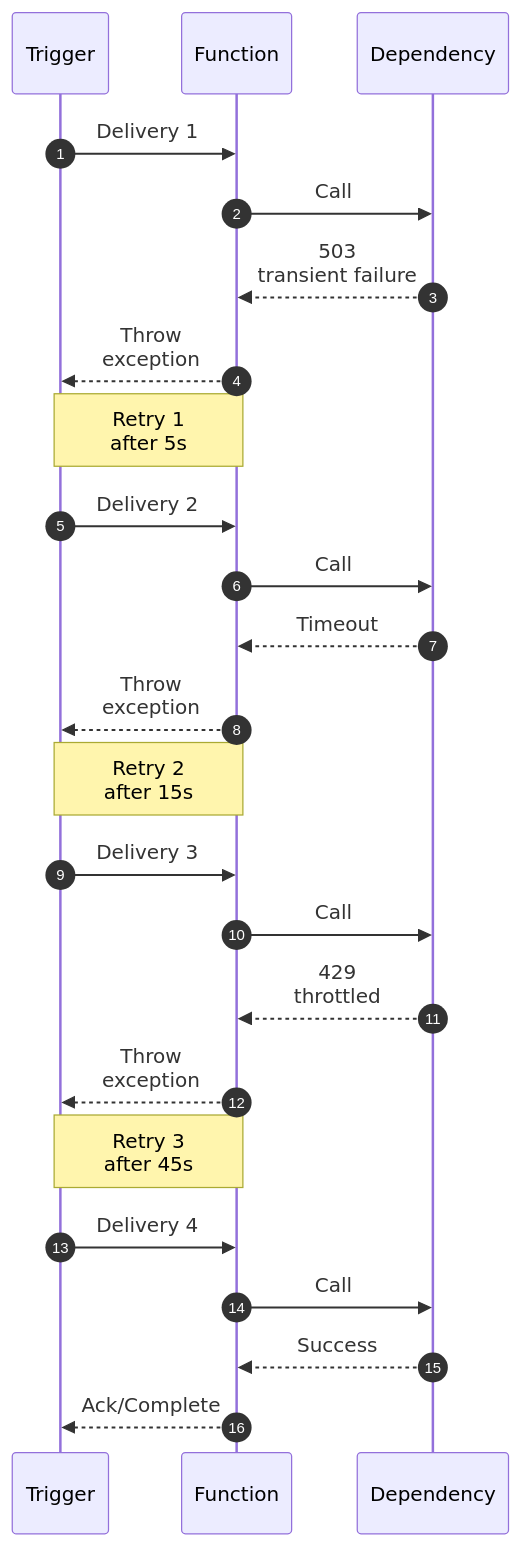
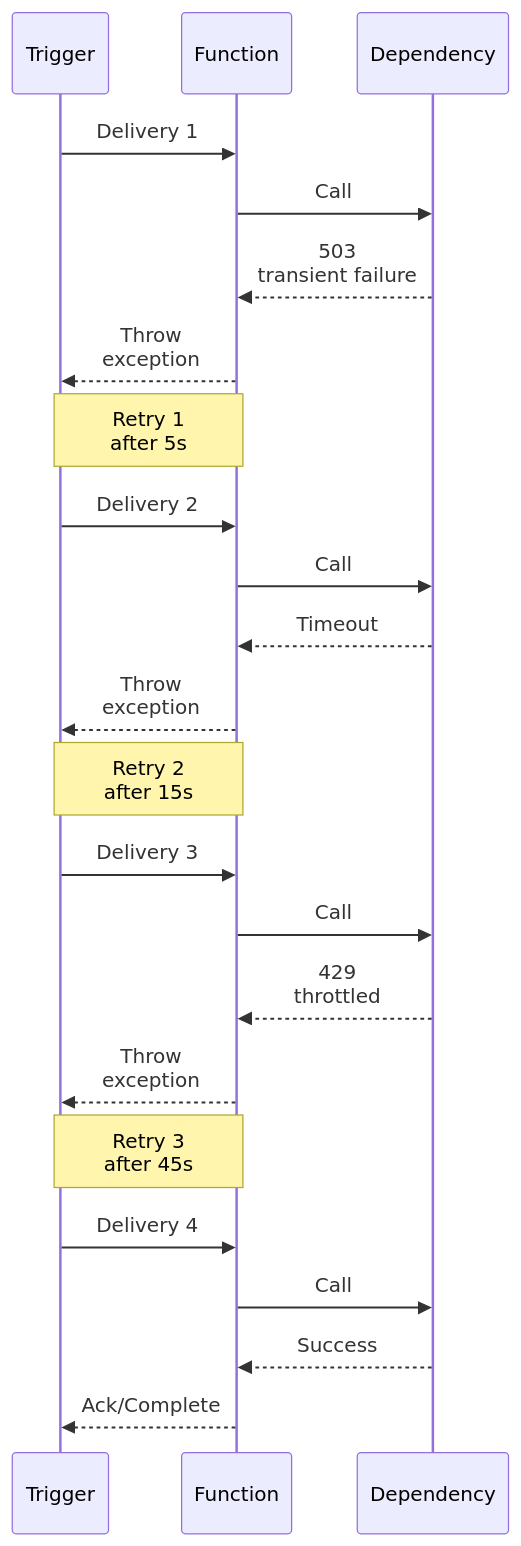
The first of 4 diagrams in docs/platform/reliability.md (yeongseon/azure-functions-practical-guide), drawn with Mermaid before and after one commit. The commit also changed other lines of this file and 3 other files, not shown here.

Commit message:
docs(diagrams): make zone layout and retry sequence legible and qualify provenance (#567)

````diff
--- a/docs/platform/reliability.md
+++ b/docs/platform/reliability.md
@@ -167,29 +167,28 @@
 ```mermaid
 %%{init: {'sequence': {'diagramMarginX': 5, 'actorMargin': 10, 'width': 55}}}%%
 sequenceDiagram
     accTitle: Illustrative retry timing across four attempts
     accDescr: Trigger, Function and Dependency exchange four deliveries and calls in order. The first three fail with 503, timeout and 429, separated by illustrative waits of 5, 15 and 45 seconds. The fourth succeeds. These are not measured or guaranteed platform delays.
-    autonumber
     participant T as Trigger
     participant F as Function
     participant D as Dependency
     T->>F: Delivery 1
     F->>D: Call
     D-->>F: 503<br/>transient failure
     F-->>T: Throw<br/>exception
     Note over T,F: Retry 1<br/>after 5s
     T->>F: Delivery 2
     F->>D: Call
     D-->>F: Timeout
     F-->>T: Throw<br/>exception
     Note over T,F: Retry 2<br/>after 15s
     T->>F: Delivery 3
     F->>D: Call
     D-->>F: 429<br/>throttled
     F-->>T: Throw<br/>exception
     Note over T,F: Retry 3<br/>after 45s
     T->>F: Delivery 4
     F->>D: Call
     D-->>F: Success
     F-->>T: Ack/Complete
 ```
````
